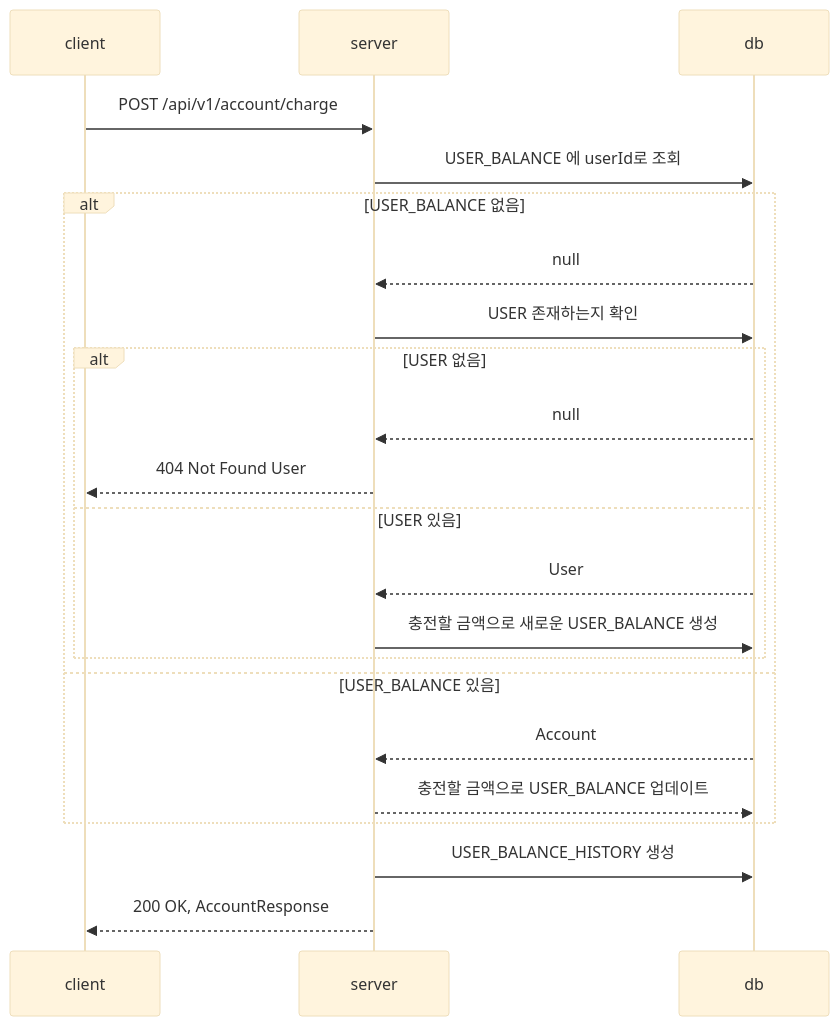
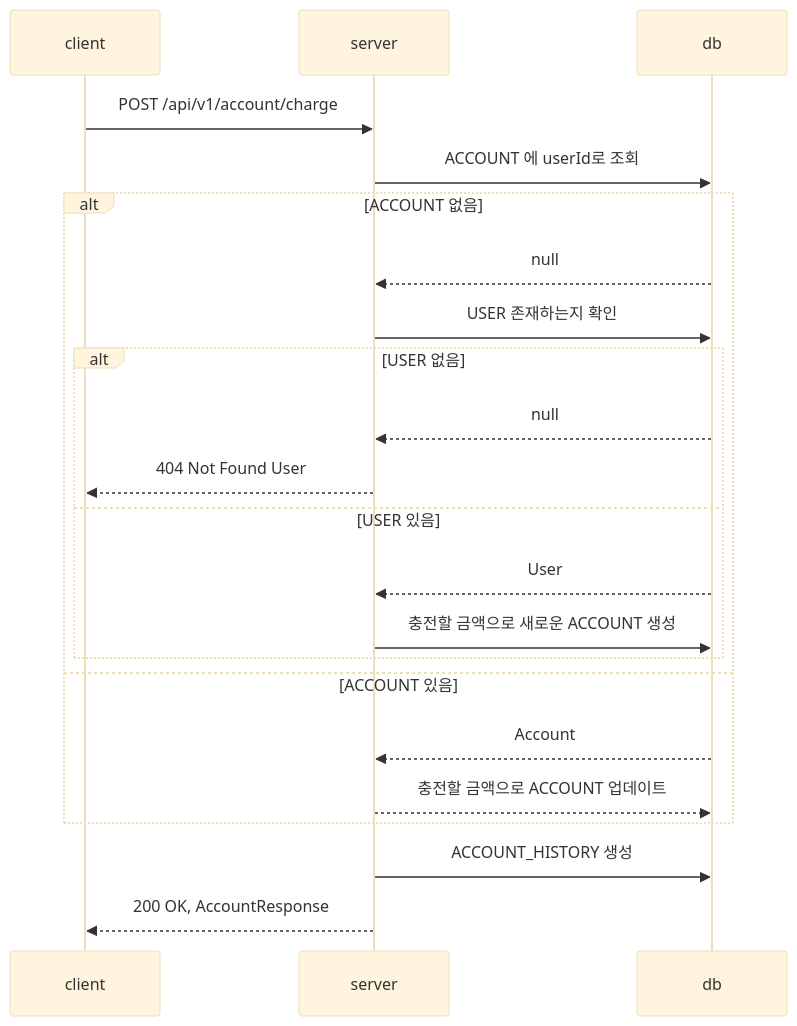
One commit to newbieJanghan/hh_plus_server changed the third of 4 diagrams in docs/api/account.md. Above: the diagram before and after it, drawn with Mermaid (base theme). The commit also changed other lines of this file and 5 other files, not shown here.

````diff
--- a/docs/api/account.md
+++ b/docs/api/account.md
@@ -147,24 +147,24 @@
 ```mermaid
 sequenceDiagram
     participant client
     participant server
     participant db
     client ->> server: POST /api/v1/account/charge
-    server ->> db: USER_BALANCE 에 userId로 조회
-    alt USER_BALANCE 없음
+    server ->> db: ACCOUNT 에 userId로 조회
+    alt ACCOUNT 없음
         db -->> server: null
         server ->> db: USER 존재하는지 확인
         alt USER 없음
             db -->> server: null
             server -->> client: 404 Not Found User
         else USER 있음
             db -->> server: User
-            server ->> db: 충전할 금액으로 새로운 USER_BALANCE 생성
+            server ->> db: 충전할 금액으로 새로운 ACCOUNT 생성
         end
-    else USER_BALANCE 있음
+    else ACCOUNT 있음
         db -->> server: Account
-        server -->> db: 충전할 금액으로 USER_BALANCE 업데이트
+        server -->> db: 충전할 금액으로 ACCOUNT 업데이트
     end
-    server ->> db: USER_BALANCE_HISTORY 생성
+    server ->> db: ACCOUNT_HISTORY 생성
     server -->> client: 200 OK, AccountResponse
 ```
````
